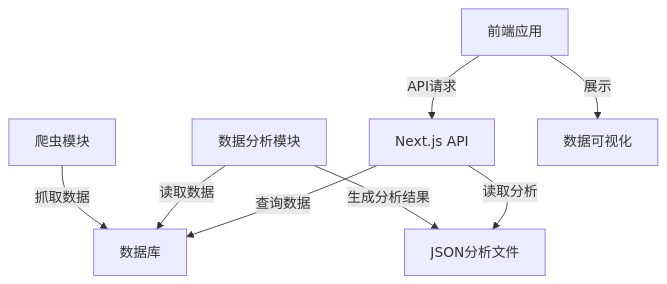
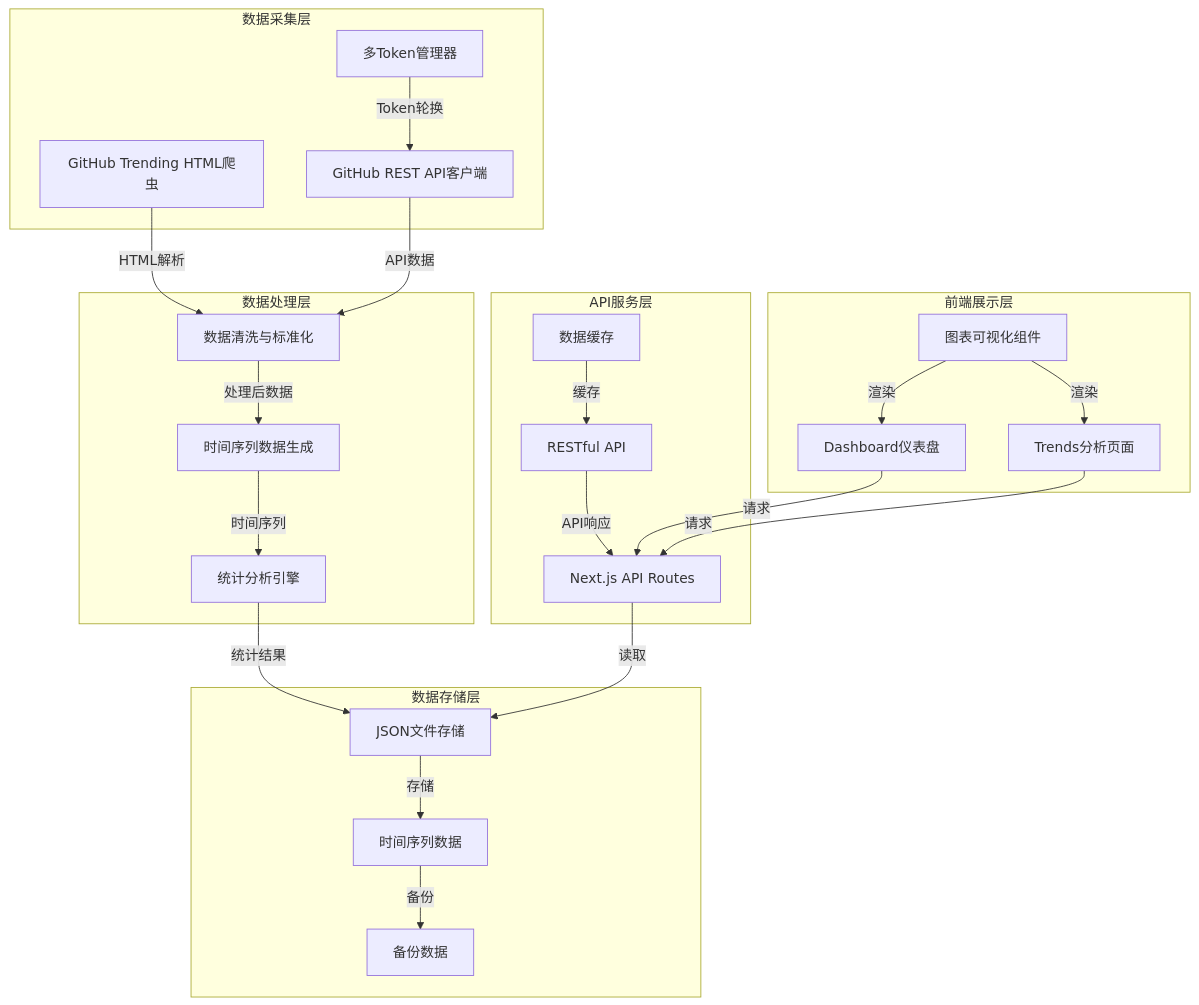
One commit to AiNiJou1337/SpiderGit changed the diagram in README.md. Above: the diagram before and after it, drawn with Mermaid. The commit also changed other lines of this file and 152 other files, not shown here.

````diff
--- a/README.md
+++ b/README.md
@@ -87,10 +96,48 @@
 ```mermaid
-graph TD
-    A[爬虫模块] -->|抓取数据| B[数据库]
-    C[数据分析模块] -->|读取数据| B
-    C -->|生成分析结果| D[JSON分析文件]
-    E[前端应用] -->|API请求| F[Next.js API]
-    F -->|查询数据| B
-    F -->|读取分析| D
-    E -->|展示| G[数据可视化]
+graph TB
+    subgraph "数据采集层"
+        A[GitHub Trending HTML爬虫]
+        B[GitHub REST API客户端]
+        C[多Token管理器]
+    end
+
+    subgraph "数据处理层"
+        D[数据清洗与标准化]
+        E[时间序列数据生成]
+        F[统计分析引擎]
+    end
+
+    subgraph "数据存储层"
+        G[JSON文件存储]
+        H[时间序列数据]
+        I[备份数据]
+    end
+
+    subgraph "API服务层"
+        J[Next.js API Routes]
+        K[RESTful API]
+        L[数据缓存]
+    end
+
+    subgraph "前端展示层"
+        M[Dashboard仪表盘]
+        N[Trends分析页面]
+        O[图表可视化组件]
+    end
+
+    A -->|HTML解析| D
+    B -->|API数据| D
+    C -->|Token轮换| B
+    D -->|处理后数据| E
+    E -->|时间序列| F
+    F -->|统计结果| G
+    G -->|存储| H
+    H -->|备份| I
+    J -->|读取| G
+    K -->|API响应| J
+    L -->|缓存| K
+    M -->|请求| J
+    N -->|请求| J
+    O -->|渲染| M
+    O -->|渲染| N
 ```
````
